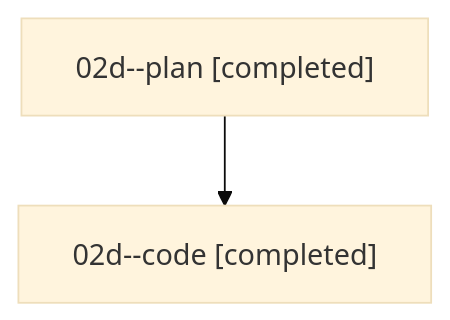
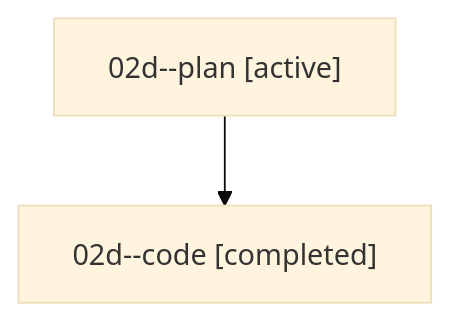
One commit to sase-org/sase--agents changed the diagram in families/bbugyi200.athena.02d.md. Above: the diagram before and after it, drawn with Mermaid (base theme). The commit also changed other lines of this file and 35830 other files, not shown here.

````diff
--- a/families/bbugyi200.athena.02d.md
+++ b/families/bbugyi200.athena.02d.md
@@ -9,6 +9,6 @@
 ```mermaid
 flowchart TD
-  n0["02d--plan [completed]"]
+  n0["02d--plan [active]"]
   n1["02d--code [completed]"]
   n0 --> n1
 ```
````
